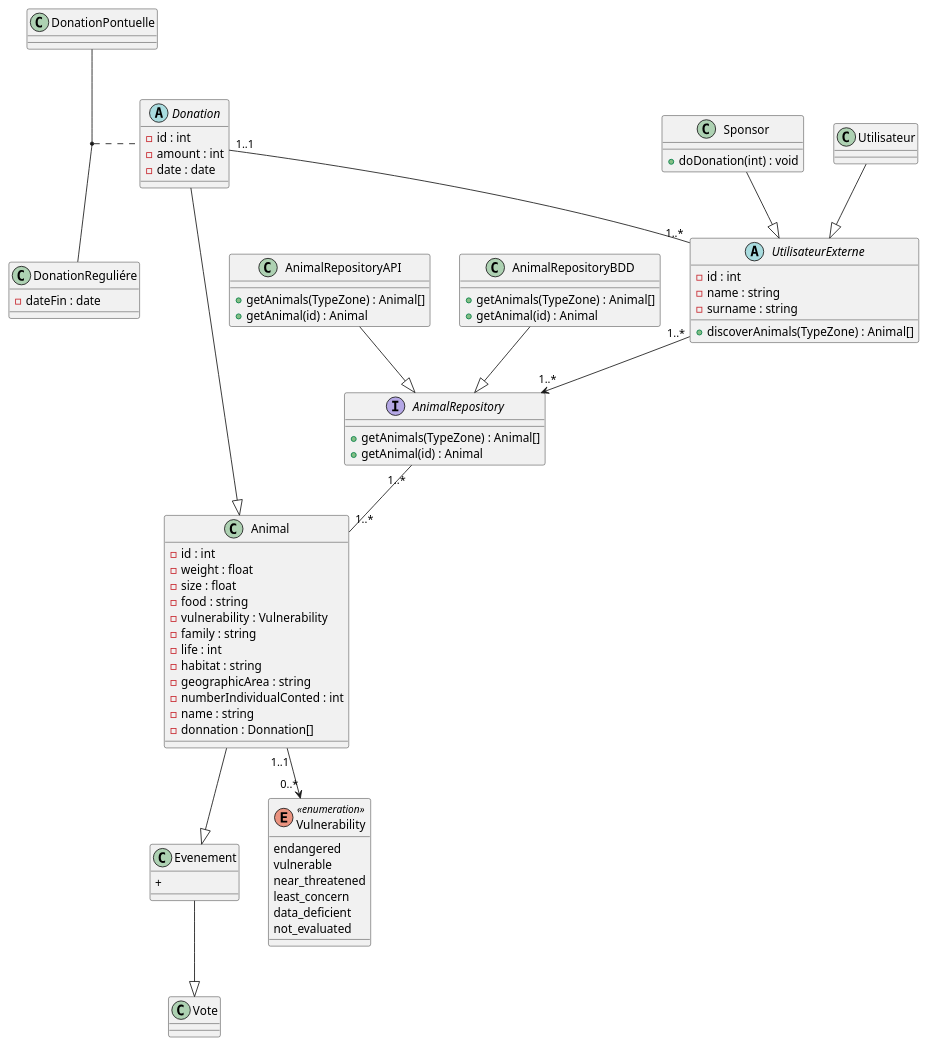
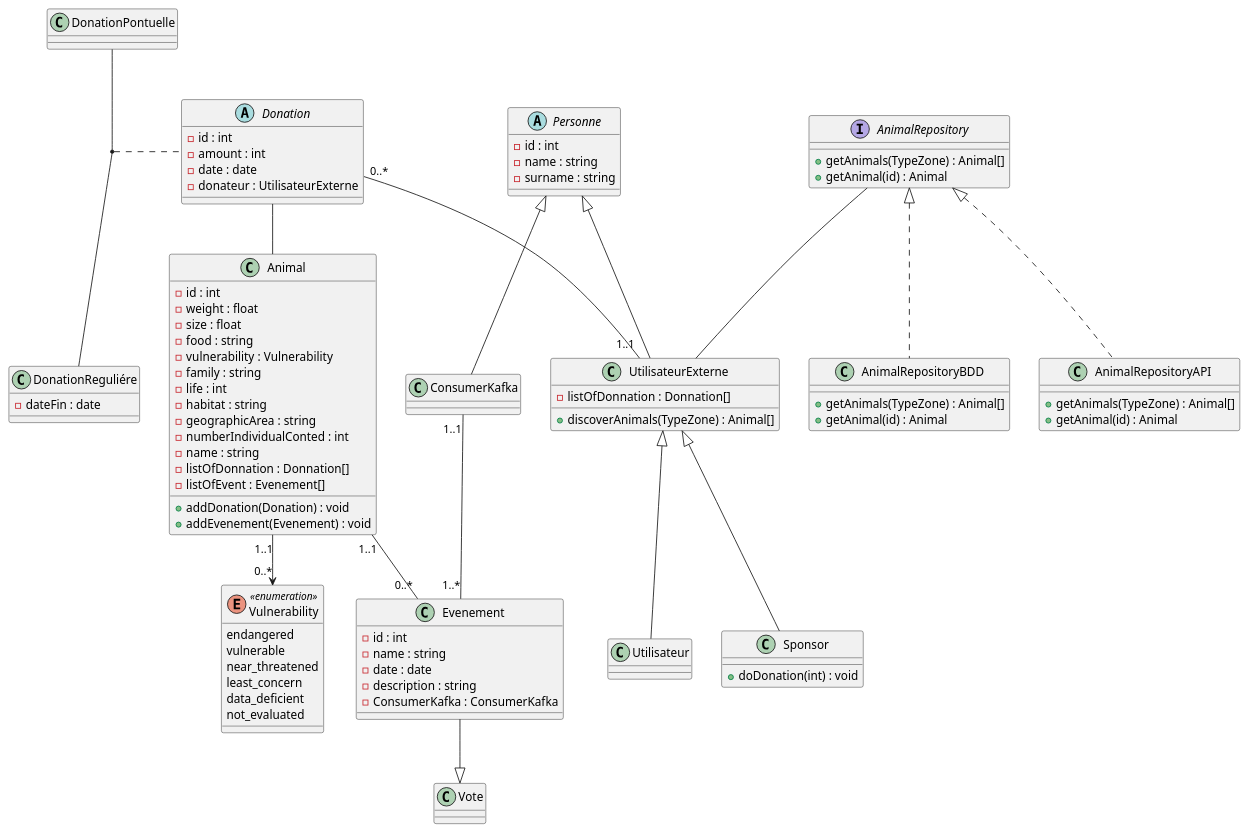
The diagram in AP5/COO/TP DIAGRAMME/Question 2 - Diagramme des classes - MATANGA Allan ZAJAC Clément.puml (ClementZajac/Cours), drawn with PlantUML before and after one commit.

Commit message:
Update Question 2 - Diagramme des classes - MATANGA Allan ZAJAC Clément.puml

```diff
--- a/AP5/COO/TP DIAGRAMME/Question 2 - Diagramme des classes - MATANGA Allan ZAJAC Clément.puml
+++ b/AP5/COO/TP DIAGRAMME/Question 2 - Diagramme des classes - MATANGA Allan ZAJAC Clément.puml
@@ -1,99 +1,119 @@
 @startuml
-abstract UtilisateurExterne{
+
+abstract Personne{
   - id : int
   - name : string
   - surname : string
+}
+
+class  ConsumerKafka{
+}
+
+abstract UtilisateurExterne{
+  - listOfDonnation : Donnation[]
   + discoverAnimals(TypeZone) : Animal[]
 }
 
 class Sponsor{
   + doDonation(int) : void
 }
 
-class Utilisateur{
-
-}
-Sponsor --|> UtilisateurExterne
-Utilisateur --|> UtilisateurExterne
+class Utilisateur{}
 
 abstract Donation{
   - id : int
   - amount : int
   - date : date
+  - donateur : UtilisateurExterne
 }
 
 class DonationReguliére{
   - dateFin : date
 }
 
 class DonationPontuelle{
 }
-(DonationPontuelle, DonationReguliére) . Donation
 
 class Evenement{
-  + 
+  - id : int
+  - name : string
+  - date : date
+  - description : string
+  - ConsumerKafka : ConsumerKafka
 }
 class Vote{
   
 }
 
-Donation --|> Animal
-Animal --|> Evenement
-Evenement --|> Vote
 
-Donation "1..1" -- "1..*" UtilisateurExterne
-
-AnimalRepositoryAPI --|> AnimalRepository
-AnimalRepositoryBDD --|> AnimalRepository
-
-AnimalRepository "1..*" -- "1..*" Animal
 
 class Animal{
     - id : int
     - weight : float
     - size : float
     - food : string
     - vulnerability : Vulnerability
     - family : string
     - life : int
     - habitat : string
     - geographicArea : string
     - numberIndividualConted : int
     - name : string
-    - donnation : Donnation[]
+    - listOfDonnation : Donnation[]
+    - listOfEvent : Evenement[]
+    + addDonation(Donation) : void
+    + addEvenement(Evenement) : void
 }
 
-Animal "1..1" --> "0..*" Vulnerability
 
 enum Vulnerability <<enumeration>> {
   endangered
   vulnerable
   near_threatened
   least_concern
   data_deficient
   not_evaluated
 }
 
-UtilisateurExterne "1..*" --> "1..*" AnimalRepository
 
 interface AnimalRepository{
   + getAnimals(TypeZone) : Animal[]
   + getAnimal(id) : Animal
-
 }
 
 class AnimalRepositoryBDD{
   + getAnimals(TypeZone) : Animal[]
   + getAnimal(id) : Animal
 }
 
 class AnimalRepositoryAPI{
   + getAnimals(TypeZone) : Animal[]
   + getAnimal(id) : Animal
 }
 
+Animal "1..1" --> "0..*" Vulnerability
 
+Donation  -- Animal
+Evenement --|> Vote
 
+Donation "0..*" -- "1..1" UtilisateurExterne
 
+class AnimalRepositoryAPI implements AnimalRepository
+class AnimalRepositoryBDD implements AnimalRepository
+
+AnimalRepository -- UtilisateurExterne
+
+'AnimalRepository "1..*" -- "1..*" Animal
+
+(DonationPontuelle, DonationReguliére) . Donation
+
+class Sponsor extends UtilisateurExterne
+class Utilisateur extends UtilisateurExterne
+
+class UtilisateurExterne extends Personne
+class ConsumerKafka extends Personne
+
+ConsumerKafka "1..1" -- "1..*" Evenement
+Animal "1..1" -- "0..*" Evenement
 
 @enduml
```
